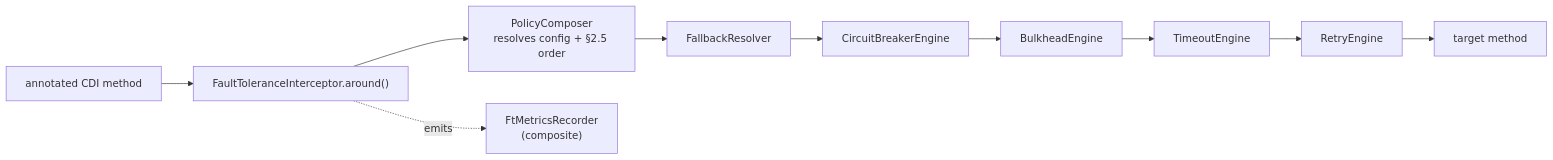
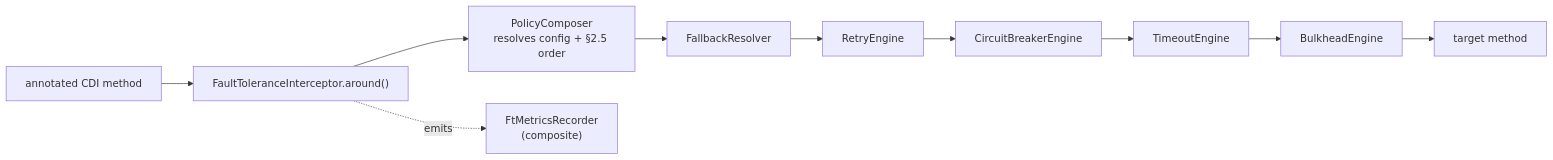
Before and after one commit to vidocq-stack/heisenberg: the diagram in docs/en/modules/ROOT/pages/internals.adoc, drawn with Mermaid. The commit also changed other lines of this file and 7 other files, not shown here.

```diff
--- a/docs/en/modules/ROOT/pages/internals.adoc
+++ b/docs/en/modules/ROOT/pages/internals.adoc
@@ -15,25 +15,25 @@
 [mermaid]
 ....
 flowchart LR
   Bean["annotated CDI method"]
   Around["FaultToleranceInterceptor.around()"]
   Composer["PolicyComposer<br/>resolves config + §2.5 order"]
   Fb["FallbackResolver"]
+  Rt["RetryEngine"]
   Cb["CircuitBreakerEngine"]
+  To["TimeoutEngine"]
   Bh["BulkheadEngine"]
-  To["TimeoutEngine"]
-  Rt["RetryEngine"]
   Target["target method"]
   Metrics["FtMetricsRecorder<br/>(composite)"]
 
   Bean --> Around
   Around --> Composer
   Composer --> Fb
-  Fb --> Cb
-  Cb --> Bh
-  Bh --> To
-  To --> Rt
-  Rt --> Target
+  Fb --> Rt
+  Rt --> Cb
+  Cb --> To
+  To --> Bh
+  Bh --> Target
 
   Around -.emits.-> Metrics
 ....
```
